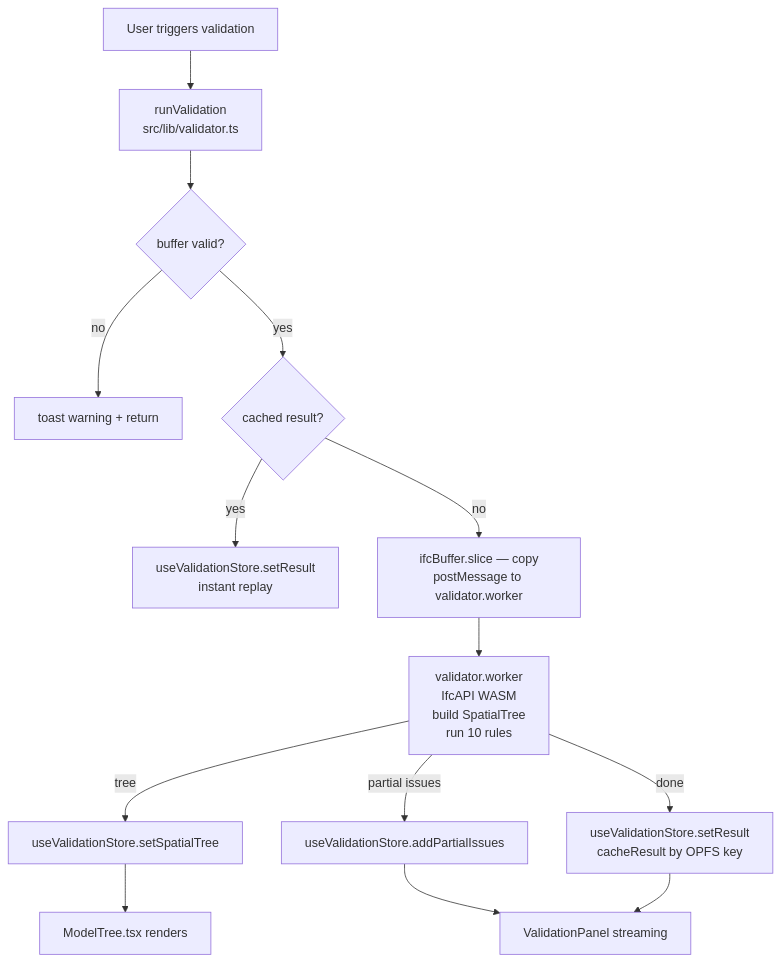
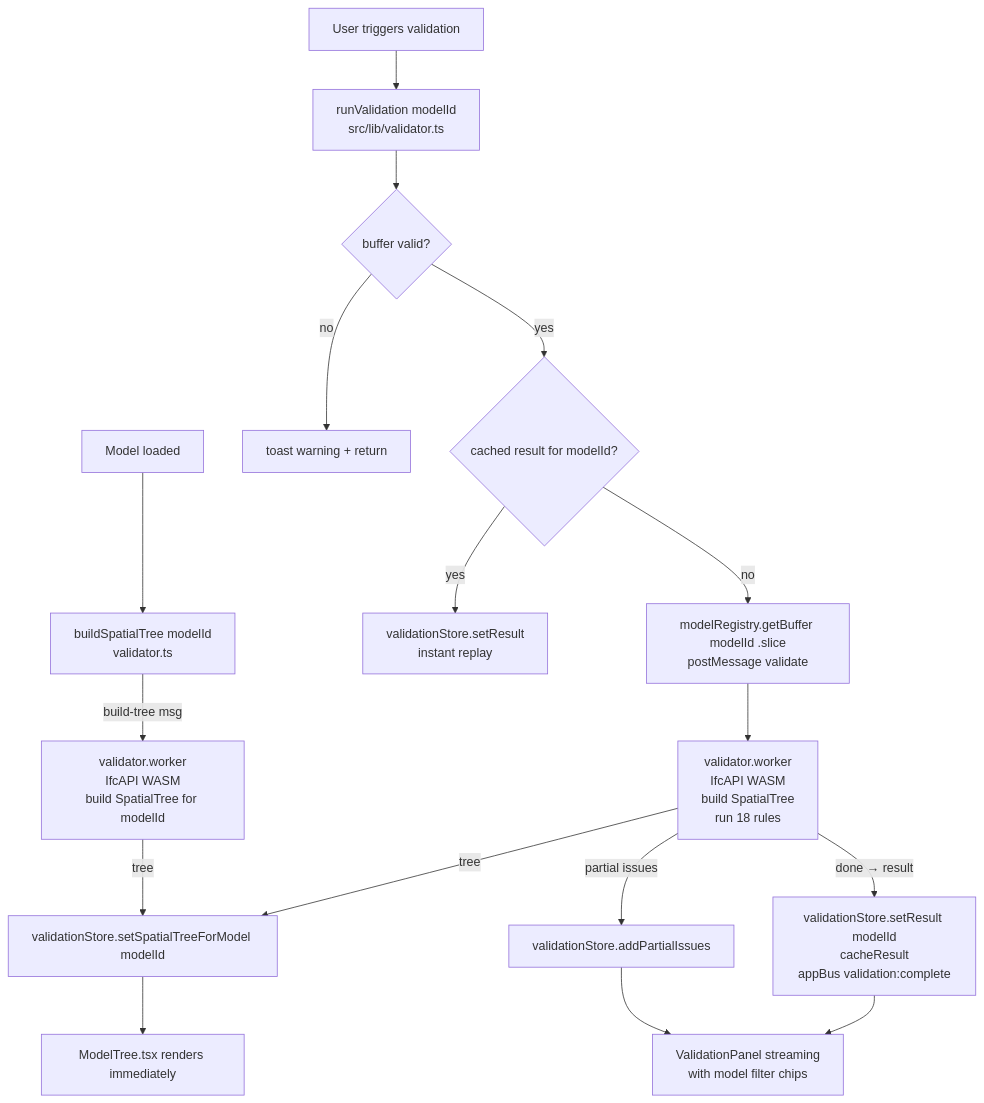
The second of 3 diagrams in ARCHITECTURE.md (j03rul4nd/ifc-viewer-online), drawn with Mermaid before and after one commit. The commit also changed other lines of this file and 7 other files, not shown here.

````diff
--- a/ARCHITECTURE.md
+++ b/ARCHITECTURE.md
@@ -102,18 +147,22 @@
 ```mermaid
 flowchart TD
-    A[User triggers validation] --> B[runValidation\nsrc/lib/validator.ts]
+    A0[Model loaded] --> A1[buildSpatialTree modelId\nvalidator.ts]
+    A1 -- build-tree msg --> W[validator.worker\nIfcAPI WASM\nbuild SpatialTree for modelId]
+    W -- tree --> I[validationStore.setSpatialTreeForModel modelId]
+    I --> L[ModelTree.tsx renders immediately]
+
+    A[User triggers validation] --> B[runValidation modelId\nsrc/lib/validator.ts]
     B --> C{buffer valid?}
     C -- no --> D[toast warning + return]
-    C -- yes --> E{cached result?}
-    E -- yes --> F[useValidationStore.setResult\ninstant replay]
-    E -- no --> G[ifcBuffer.slice — copy\npostMessage to validator.worker]
+    C -- yes --> E{cached result for modelId?}
+    E -- yes --> F[validationStore.setResult\ninstant replay]
+    E -- no --> G[modelRegistry.getBuffer modelId .slice\npostMessage validate]
 
-    G --> H[validator.worker\nIfcAPI WASM\nbuild SpatialTree\nrun 10 rules]
-    H -- tree --> I[useValidationStore.setSpatialTree]
-    H -- partial issues --> J[useValidationStore.addPartialIssues]
-    H -- done --> K[useValidationStore.setResult\ncacheResult by OPFS key]
+    G --> H[validator.worker\nIfcAPI WASM\nbuild SpatialTree\nrun 18 rules]
+    H -- tree --> I
+    H -- partial issues --> J[validationStore.addPartialIssues]
+    H -- done → result --> K[validationStore.setResult modelId\ncacheResult\nappBus validation:complete]
 
-    I --> L[ModelTree.tsx renders]
-    J --> M[ValidationPanel streaming]
+    J --> M[ValidationPanel streaming\nwith model filter chips]
     K --> M
 ```
````
